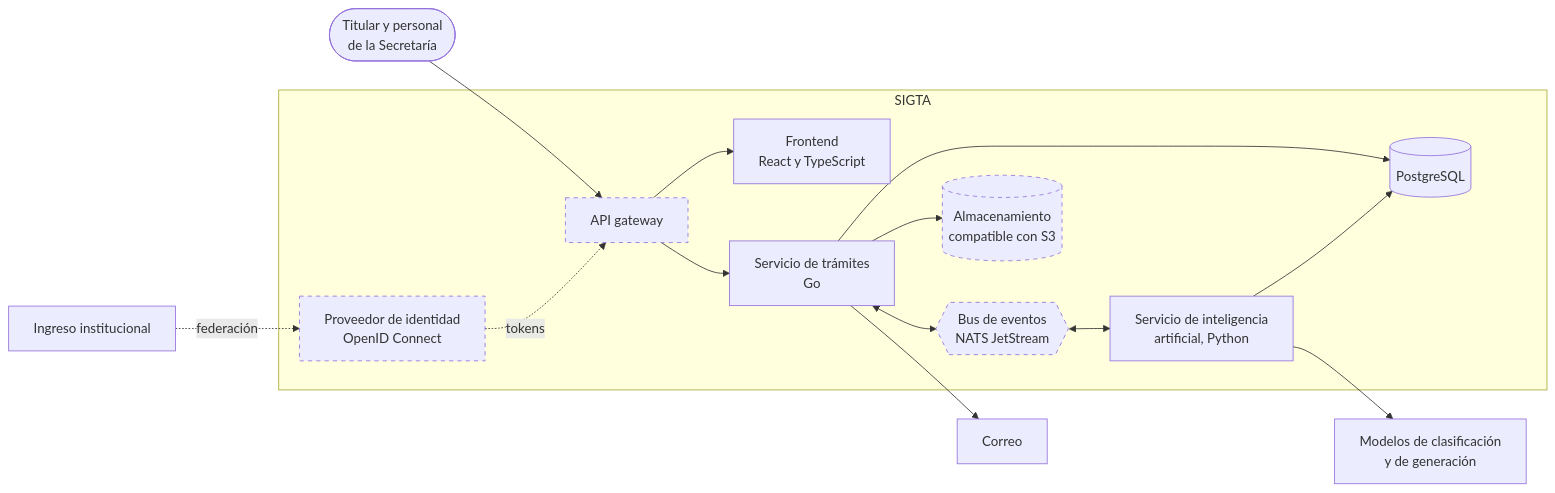
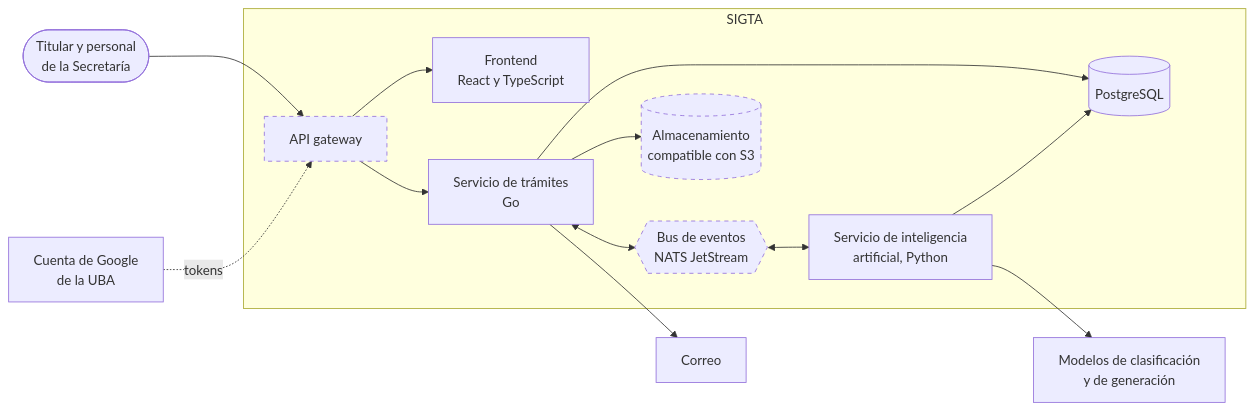
The fourth of 6 diagrams in README.md (SIGTA-FIUBA/SIGTA), drawn with Mermaid before and after one commit. The commit also changed other lines of this file and 23 other files, not shown here.

````diff
--- a/README.md
+++ b/README.md
@@ -148,35 +147,33 @@
 ```mermaid
 flowchart LR
     U(["Titular y personal<br/>de la Secretaría"])
-    INST["Ingreso institucional"]
+    INST["Cuenta de Google<br/>de la UBA"]
 
     subgraph SIGTA["SIGTA"]
         GW["API gateway"]
         SPA["Frontend<br/>React y TypeScript"]
-        IDP["Proveedor de identidad<br/>OpenID Connect"]
         CORE["Servicio de trámites<br/>Go"]
         BUS{{"Bus de eventos<br/>NATS JetStream"}}
         AI["Servicio de inteligencia<br/>artificial, Python"]
         DB[("PostgreSQL")]
         OBJ[("Almacenamiento<br/>compatible con S3")]
     end
 
     MOD["Modelos de clasificación<br/>y de generación"]
     SMTP["Correo"]
 
     U --> GW
     GW --> SPA
     GW --> CORE
-    INST -.->|federación| IDP
-    IDP -.->|tokens| GW
+    INST -.->|tokens| GW
     CORE --> DB
     CORE --> OBJ
     CORE --> SMTP
     CORE <--> BUS
     BUS <--> AI
     AI --> DB
     AI --> MOD
 
     classDef nuevo stroke-dasharray: 5 5
-    class GW,IDP,BUS,OBJ nuevo
+    class GW,BUS,OBJ nuevo
 ```
````
